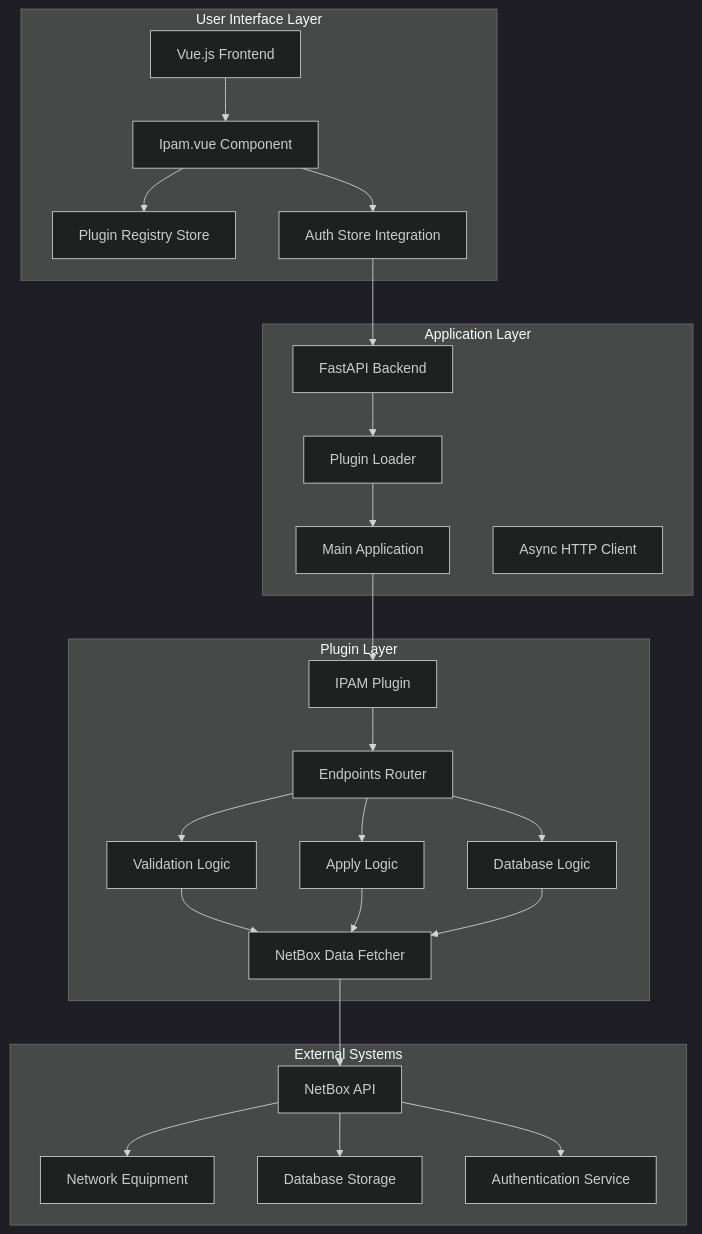
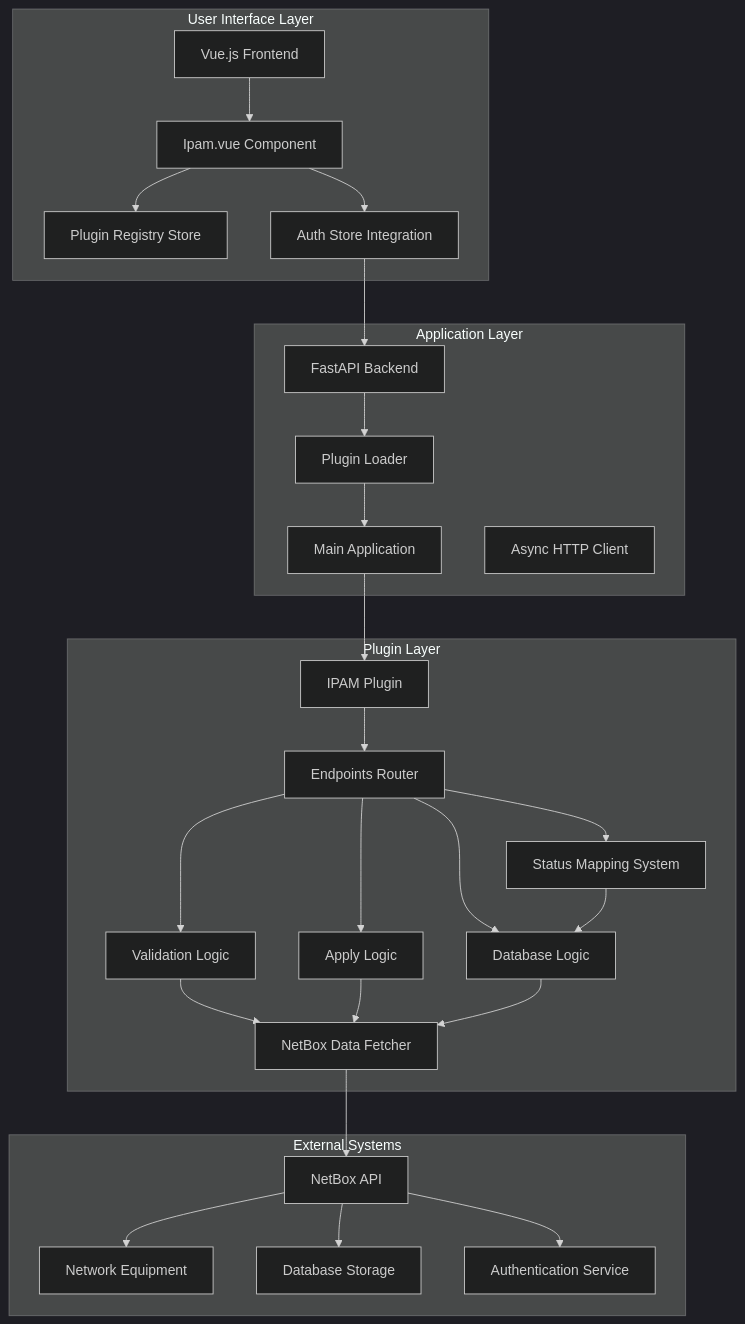
One commit to Nikita5543/New-SSO-02 changed the second of 9 diagrams in .qoder/repowiki/en/content/Built-in Plugins/IPAM Plugin.md. Above: the diagram before and after it, drawn with Mermaid (dark theme). The commit also changed other lines of this file and 2 other files, not shown here.

````diff
--- a/.qoder/repowiki/en/content/Built-in Plugins/IPAM Plugin.md
+++ b/.qoder/repowiki/en/content/Built-in Plugins/IPAM Plugin.md
@@ -127,47 +128,50 @@
 ```mermaid
 graph TB
 subgraph "User Interface Layer"
 A[Vue.js Frontend]
 B[Ipam.vue Component]
 C[Plugin Registry Store]
 D[Auth Store Integration]
 end
 subgraph "Application Layer"
 E[FastAPI Backend]
 F[Plugin Loader]
 G[Main Application]
 H[Async HTTP Client]
 end
 subgraph "Plugin Layer"
 I[IPAM Plugin]
 J[Endpoints Router]
 K[Validation Logic]
 L[Apply Logic]
 M[Database Logic]
 N[NetBox Data Fetcher]
+O[Status Mapping System]
 end
 subgraph "External Systems"
-O[NetBox API]
-P[Network Equipment]
-Q[Database Storage]
-R[Authentication Service]
+P[NetBox API]
+Q[Network Equipment]
+R[Database Storage]
+S[Authentication Service]
 end
 A --> B
 B --> C
 B --> D
 D --> E
 E --> F
 F --> G
 G --> I
 I --> J
 J --> K
 J --> L
 J --> M
+J --> O
 K --> N
 L --> N
 M --> N
-N --> O
-O --> P
-O --> Q
-O --> R
+O --> M
+N --> P
+P --> Q
+P --> R
+P --> S
 ```
````
